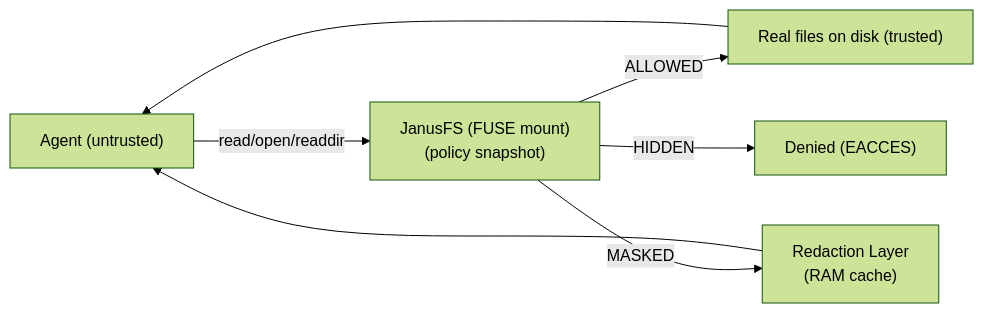
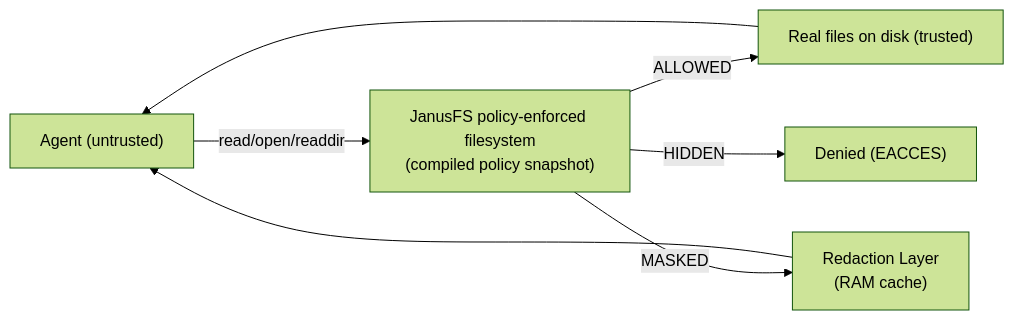
One commit to sarathsp06/janusfs changed the diagram in README.md. Above: the diagram before and after it, drawn with Mermaid (forest theme). The commit also changed other lines of this file, not shown here.

Commit message:
docs: reposition JanusFS as policy filesystem

````diff
--- a/README.md
+++ b/README.md
@@ -55,15 +56,15 @@
 ```mermaid
 flowchart LR
   Agent["Agent (untrusted)"]
-  Janus["JanusFS (FUSE mount)<br/>(policy snapshot)"]
+  Janus["JanusFS policy-enforced filesystem<br/>(compiled policy snapshot)"]
   Disk["Real files on disk (trusted)"]
   Redact["Redaction Layer<br/>(RAM cache)"]
   Deny["Denied (EACCES)"]
 
   Agent -->|read/open/readdir| Janus
   Janus -->|ALLOWED| Disk
   Janus -->|MASKED| Redact
   Janus -->|HIDDEN| Deny
   Redact --> Agent
   Disk --> Agent
 ```
````
